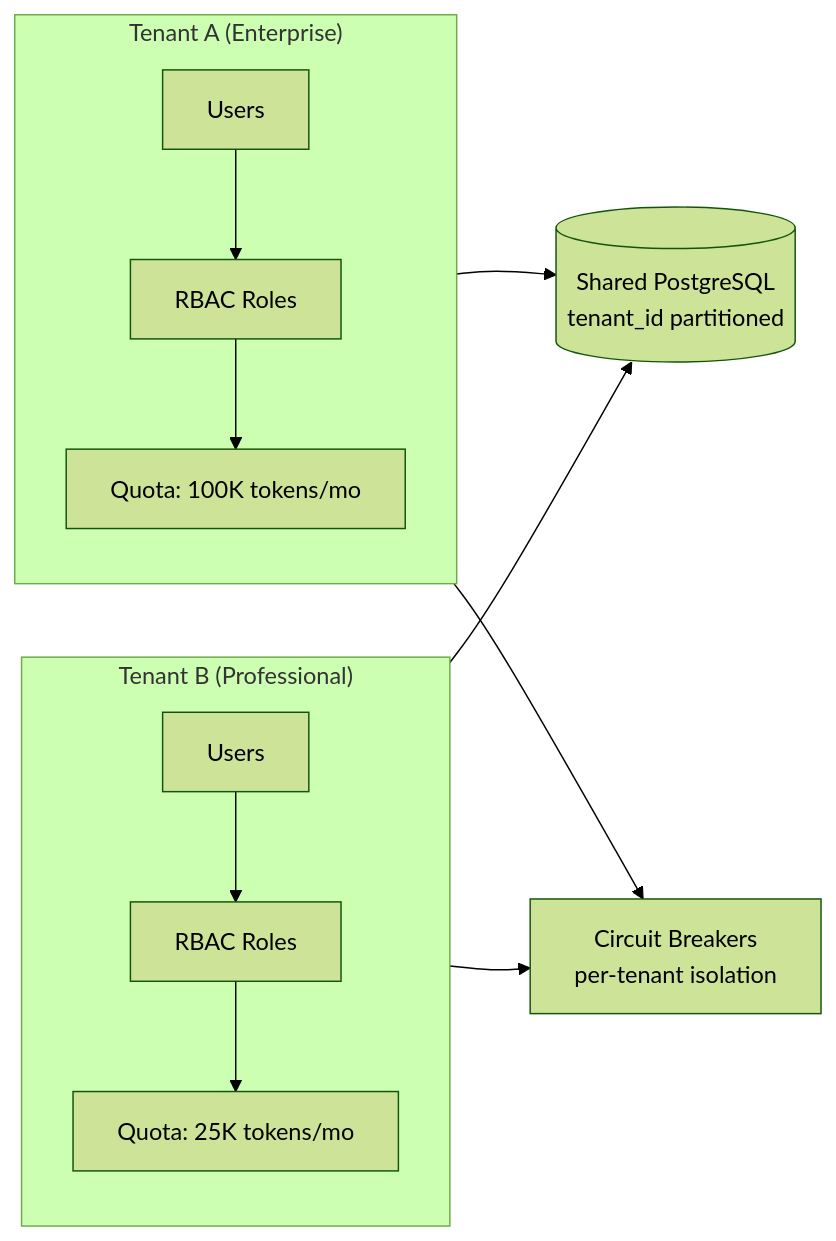
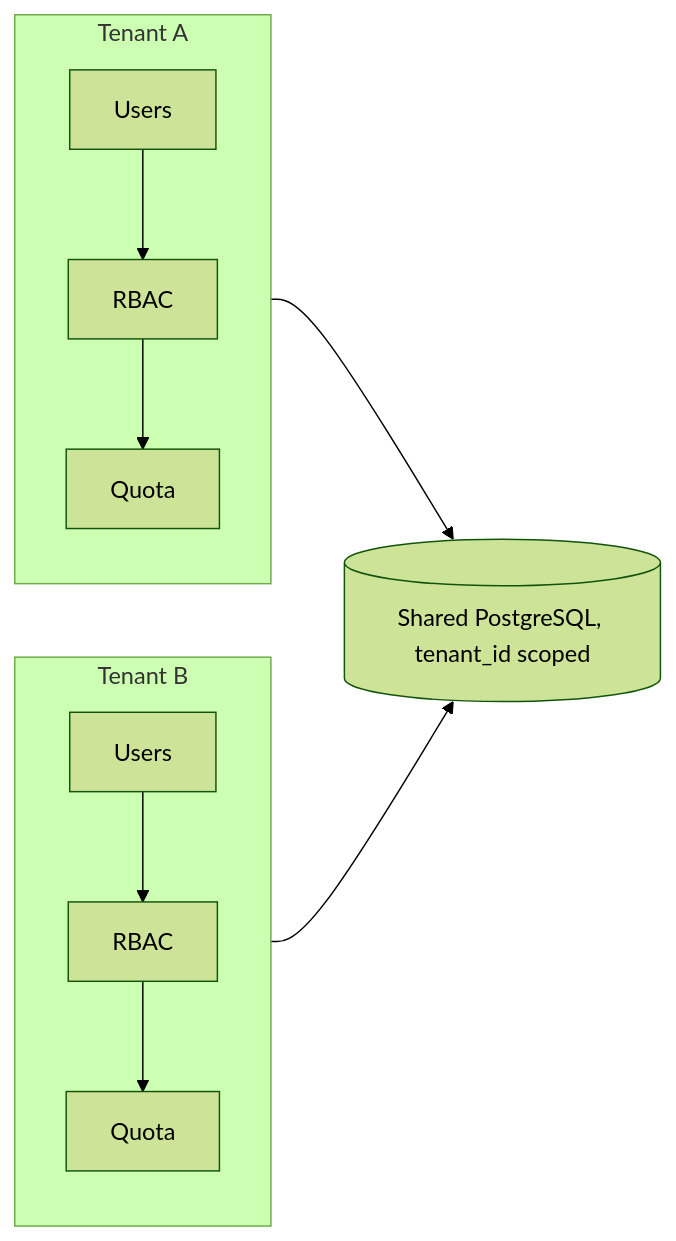
One commit to sanjayrkshetty/presales-hub changed the third of 3 diagrams in docs/architecture/system-overview.md. Above: the diagram before and after it, drawn with Mermaid (forest theme). The commit also changed other lines of this file and 21 other files, not shown here.

First line of the commit message:
docs: align architecture with G1 / Post-G1 reality (#8)

````diff
--- a/docs/architecture/system-overview.md
+++ b/docs/architecture/system-overview.md
@@ -95,16 +95,14 @@
 ```mermaid
 graph LR
-    subgraph T1["Tenant A (Enterprise)"]
-        U1[Users] --> R1[RBAC Roles]
-        R1 --> Q1[Quota: 100K tokens/mo]
+    subgraph T1["Tenant A"]
+        U1[Users] --> R1[RBAC]
+        R1 --> Q1[Quota]
     end
-    subgraph T2["Tenant B (Professional)"]
-        U2[Users] --> R2[RBAC Roles]
-        R2 --> Q2[Quota: 25K tokens/mo]
+    subgraph T2["Tenant B"]
+        U2[Users] --> R2[RBAC]
+        R2 --> Q2[Quota]
     end
 
-    T1 --> PG[(Shared PostgreSQL<br/>tenant_id partitioned)]
+    T1 --> PG[("Shared PostgreSQL, tenant_id scoped")]
     T2 --> PG
-    T1 --> CB[Circuit Breakers<br/>per-tenant isolation]
-    T2 --> CB
 ```
````
